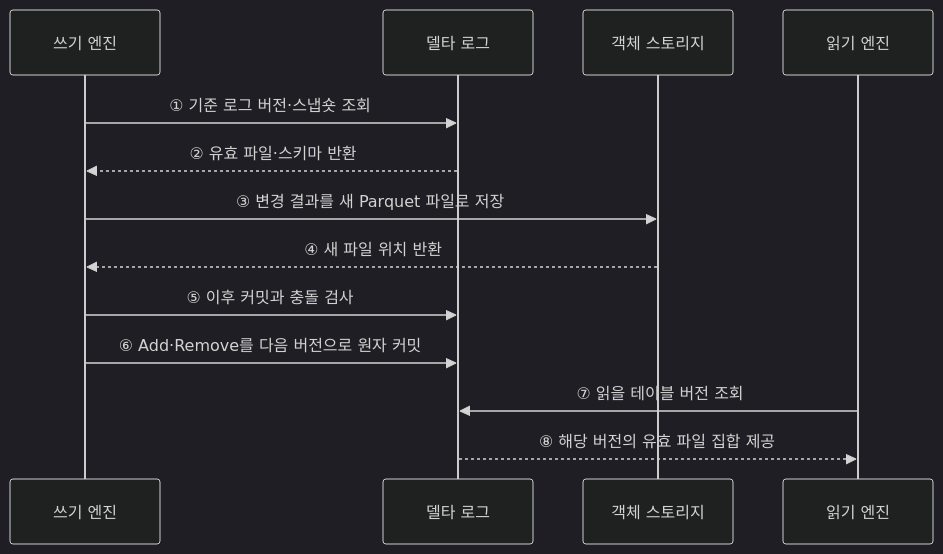
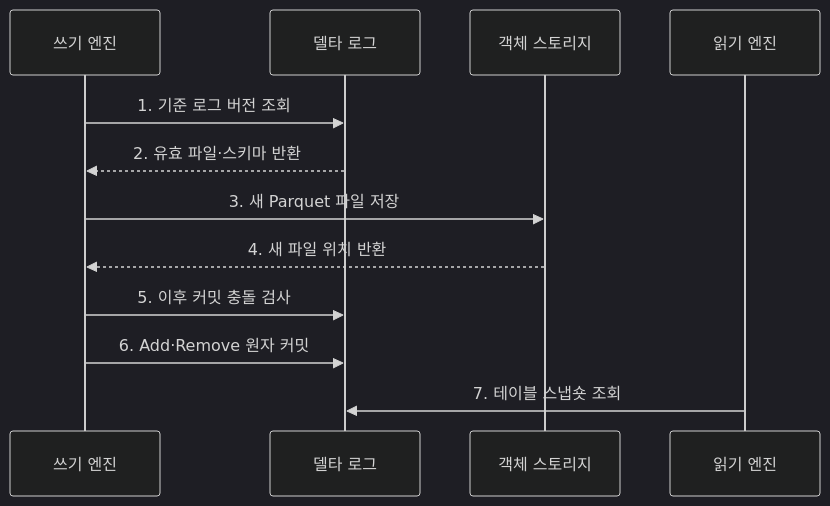
One commit to agnusdei1207/knowledge-base changed the second of 2 diagrams in src/content/docs/notes/03-software/127_delta_lake.md. Above: the diagram before and after it, drawn with Mermaid (dark theme). The commit also changed other lines of this file and 20 other files, not shown here.

````diff
--- a/src/content/docs/notes/03-software/127_delta_lake.md
+++ b/src/content/docs/notes/03-software/127_delta_lake.md
@@ -74,15 +82,14 @@
 ```mermaid
 sequenceDiagram
     participant W as 쓰기 엔진
     participant L as 델타 로그
     participant D as 객체 스토리지
     participant R as 읽기 엔진
-    W->>L: ① 기준 로그 버전·스냅숏 조회
-    L-->>W: ② 유효 파일·스키마 반환
-    W->>D: ③ 변경 결과를 새 Parquet 파일로 저장
-    D-->>W: ④ 새 파일 위치 반환
-    W->>L: ⑤ 이후 커밋과 충돌 검사
-    W->>L: ⑥ Add·Remove를 다음 버전으로 원자 커밋
-    R->>L: ⑦ 읽을 테이블 버전 조회
-    L-->>R: ⑧ 해당 버전의 유효 파일 집합 제공
+    W->>L: 1. 기준 로그 버전 조회
+    L-->>W: 2. 유효 파일·스키마 반환
+    W->>D: 3. 새 Parquet 파일 저장
+    D-->>W: 4. 새 파일 위치 반환
+    W->>L: 5. 이후 커밋 충돌 검사
+    W->>L: 6. Add·Remove 원자 커밋
+    R->>L: 7. 테이블 스냅숏 조회
 ```
````
